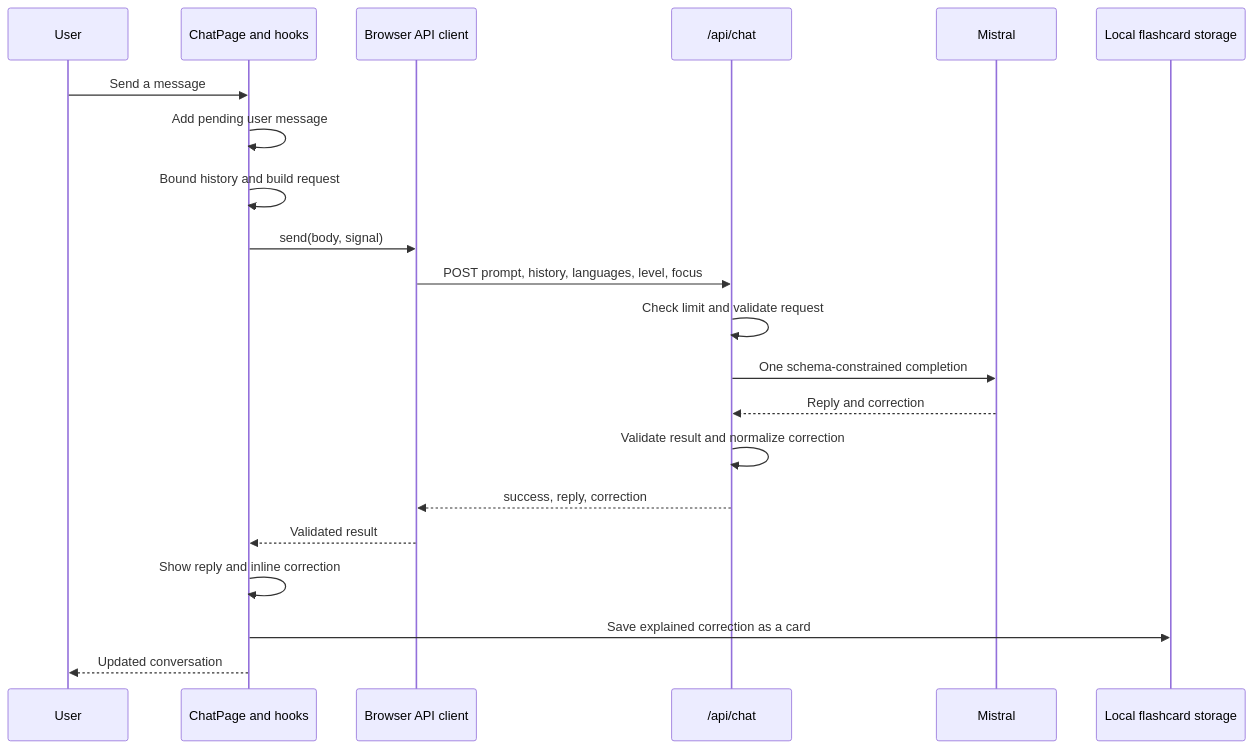
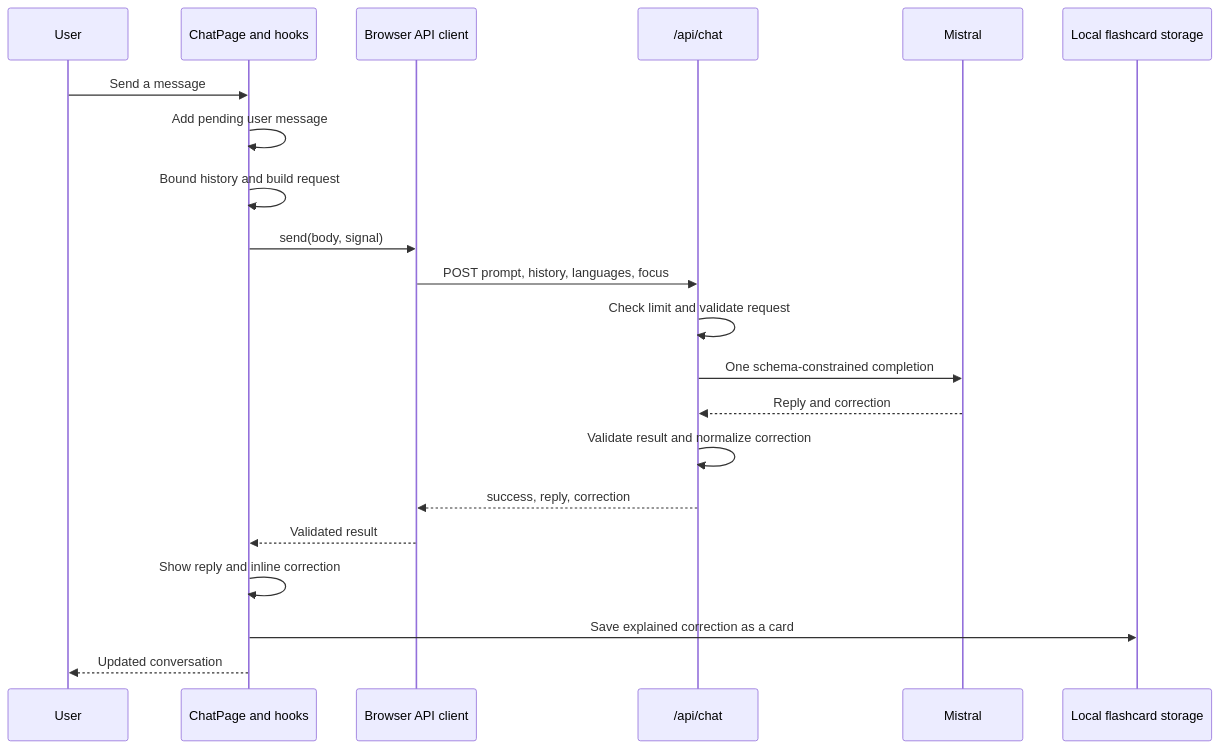
The third of 5 diagrams in README.md (Yvesei/LangBot), drawn with Mermaid before and after one commit. The commit also changed other lines of this file and 20 other files, not shown here.

````diff
--- a/README.md
+++ b/README.md
@@ -335,24 +335,24 @@
 ```mermaid
 sequenceDiagram
     participant User
     participant UI as ChatPage and hooks
     participant Client as Browser API client
     participant API as /api/chat
     participant Mistral
     participant Storage as Local flashcard storage
 
     User->>UI: Send a message
     UI->>UI: Add pending user message
     UI->>UI: Bound history and build request
     UI->>Client: send(body, signal)
-    Client->>API: POST prompt, history, languages, level, focus
+    Client->>API: POST prompt, history, languages, focus
     API->>API: Check limit and validate request
     API->>Mistral: One schema-constrained completion
     Mistral-->>API: Reply and correction
     API->>API: Validate result and normalize correction
     API-->>Client: success, reply, correction
     Client-->>UI: Validated result
     UI->>UI: Show reply and inline correction
     UI->>Storage: Save explained correction as a card
     UI-->>User: Updated conversation
 ```
````
